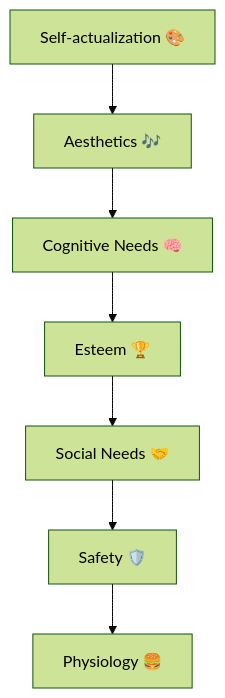
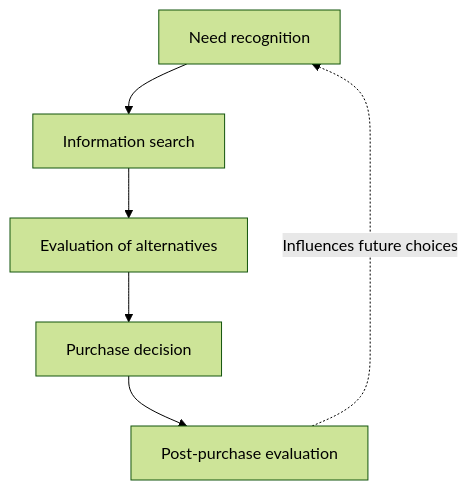
The first of 3 diagrams in prepod/Game Proiject/topics/en/lec3_en.md (TrEtLiz/prepod), drawn with Mermaid (forest theme) before and after one commit. The commit also changed other lines of this file and 3 other files, not shown here.

````diff
--- a/prepod/Game Proiject/topics/en/lec3_en.md
+++ b/prepod/Game Proiject/topics/en/lec3_en.md
@@ -87,9 +88,8 @@
 ```mermaid
-graph TD
-A[Self-actualization 🎨] --> B[Aesthetics 🎶]
-B --> C[Cognitive Needs 🧠]
-C --> D[Esteem 🏆]
-D --> E[Social Needs 🤝]
-E --> F[Safety 🛡️]
-F --> G[Physiology 🍔]
+flowchart TD
+    A["Need recognition"] --> B["Information search"]
+    B --> C["Evaluation of alternatives"]
+    C --> D["Purchase decision"]
+    D --> E["Post-purchase evaluation"]
+    E -. "Influences future choices" .-> A
 ```
````
